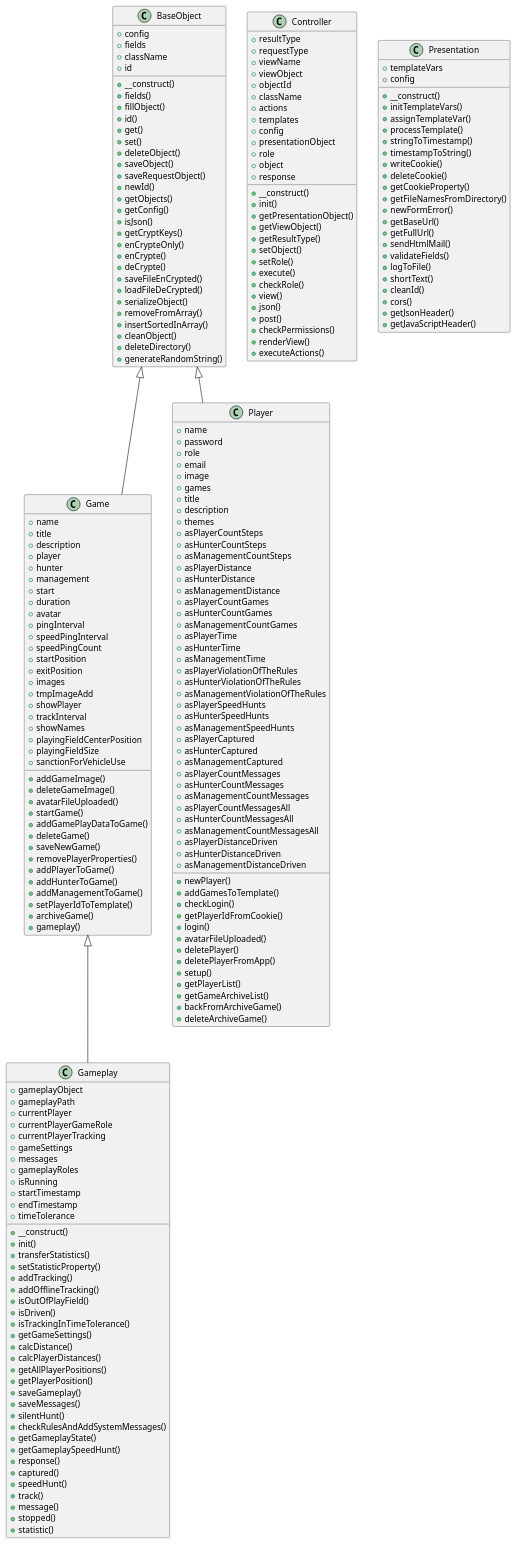
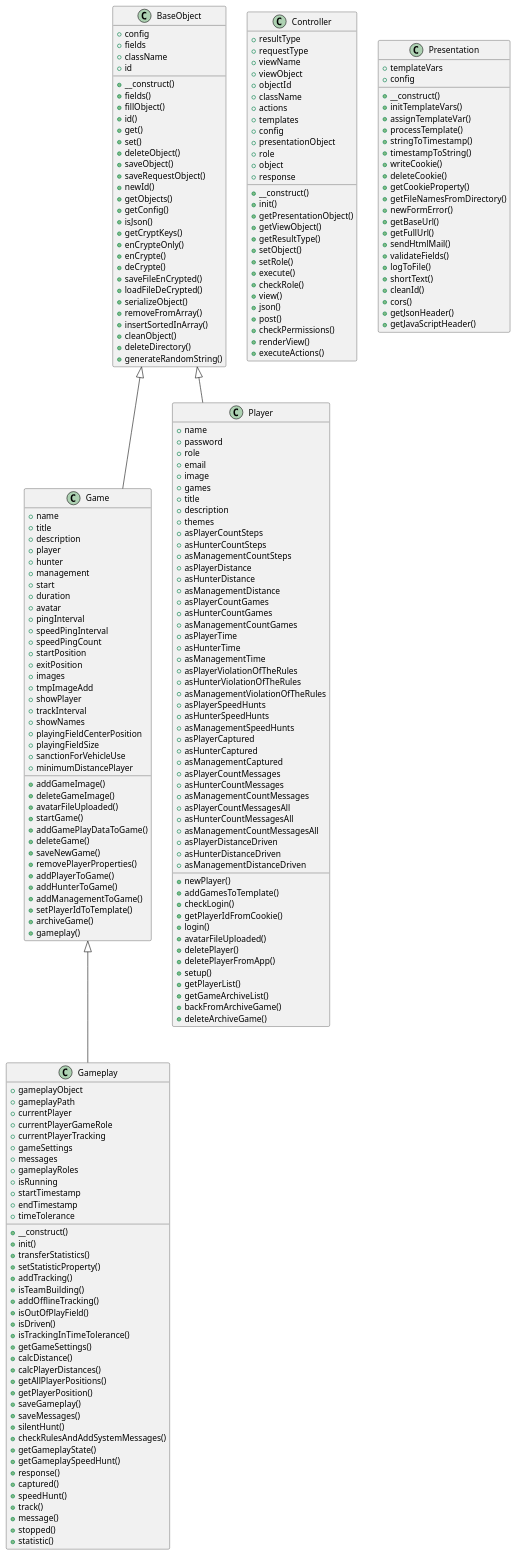
Before and after one commit to septem-sensu/friendshunt: the diagram in includes/docs/php/graphs/classes.puml, drawn with PlantUML. The commit also changed 27 other files, not shown here.

```diff
--- a/includes/docs/php/graphs/classes.puml
+++ b/includes/docs/php/graphs/classes.puml
@@ -86,6 +86,7 @@
   +playingFieldCenterPosition
   +playingFieldSize
   +sanctionForVehicleUse
+  +minimumDistancePlayer
   +addGameImage()
   +deleteGameImage()
   +avatarFileUploaded()
@@ -120,6 +121,7 @@
   +transferStatistics()
   +setStatisticProperty()
   +addTracking()
+  +isTeamBuilding()
   +addOfflineTracking()
   +isOutOfPlayField()
   +isDriven()
```
